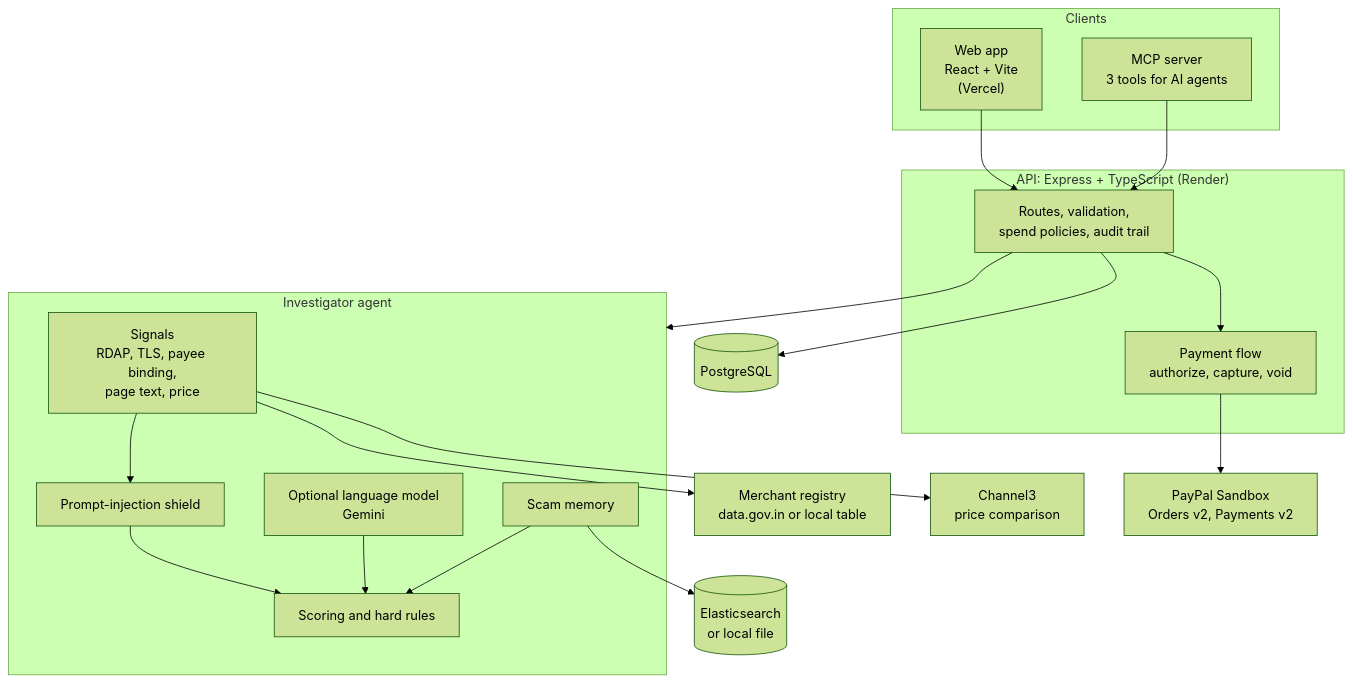
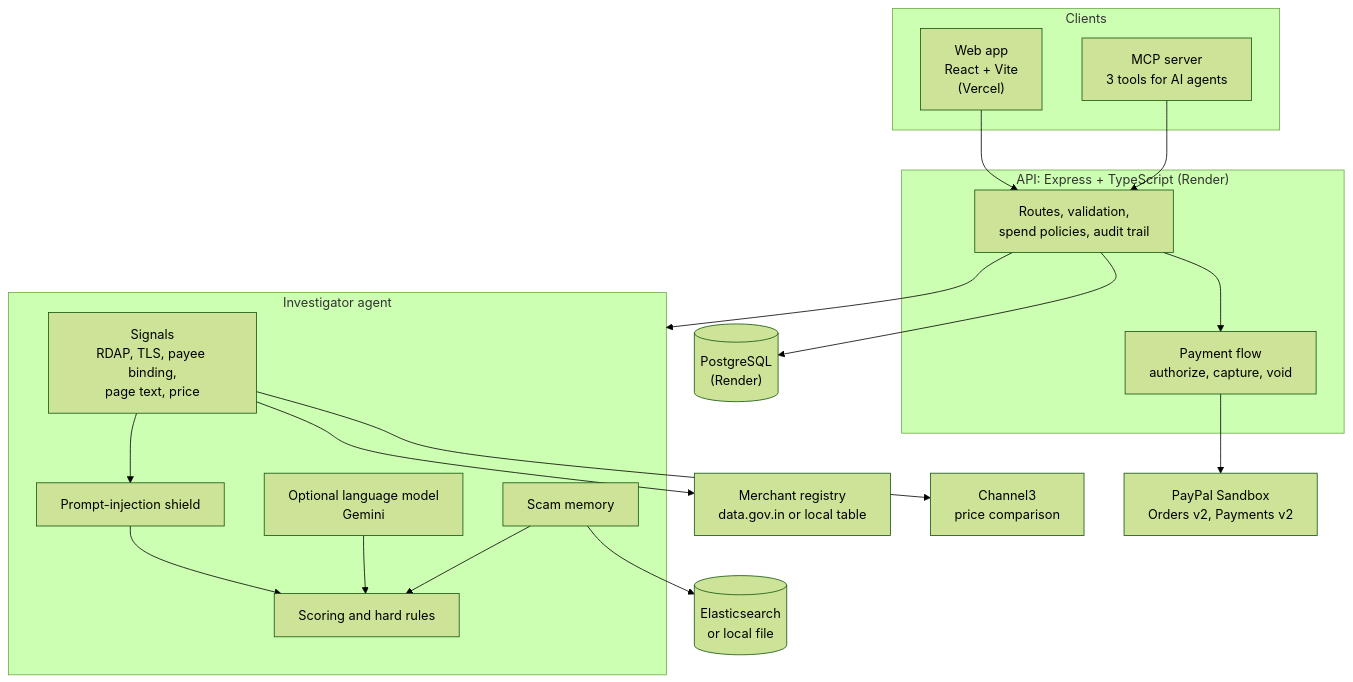
One commit to AakashMutum/paypal-hackathon changed the fourth of 4 diagrams in README.md. Above: the diagram before and after it, drawn with Mermaid (forest theme). The commit also changed other lines of this file, not shown here.

````diff
--- a/README.md
+++ b/README.md
@@ -250,38 +372,38 @@
 ```mermaid
 flowchart TB
     subgraph Clients
         W["Web app<br/>React + Vite<br/>(Vercel)"]
         M["MCP server<br/>3 tools for AI agents"]
     end
 
     subgraph Backend["API: Express + TypeScript (Render)"]
         API["Routes, validation,<br/>spend policies, audit trail"]
         FLOW["Payment flow<br/>authorize, capture, void"]
     end
 
     subgraph Agent["Investigator agent"]
         SIG["Signals<br/>RDAP, TLS, payee binding,<br/>page text, price"]
         RULES["Scoring and hard rules"]
         SHIELD["Prompt-injection shield"]
         LLM["Optional language model<br/>Gemini"]
         MEM["Scam memory"]
     end
 
     PP["PayPal Sandbox<br/>Orders v2, Payments v2"]
-    DB[("PostgreSQL")]
+    DB[("PostgreSQL<br/>(Render)")]
     ES[("Elasticsearch<br/>or local file")]
     CH["Channel3<br/>price comparison"]
     REG["Merchant registry<br/>data.gov.in or local table"]
 
     W --> API
     M --> API
     API --> FLOW --> PP
     API --> DB
     API --> Agent
     SIG --> CH
     SIG --> REG
     MEM --> ES
     SIG --> SHIELD --> RULES
     LLM --> RULES
     MEM --> RULES
 ```
````
